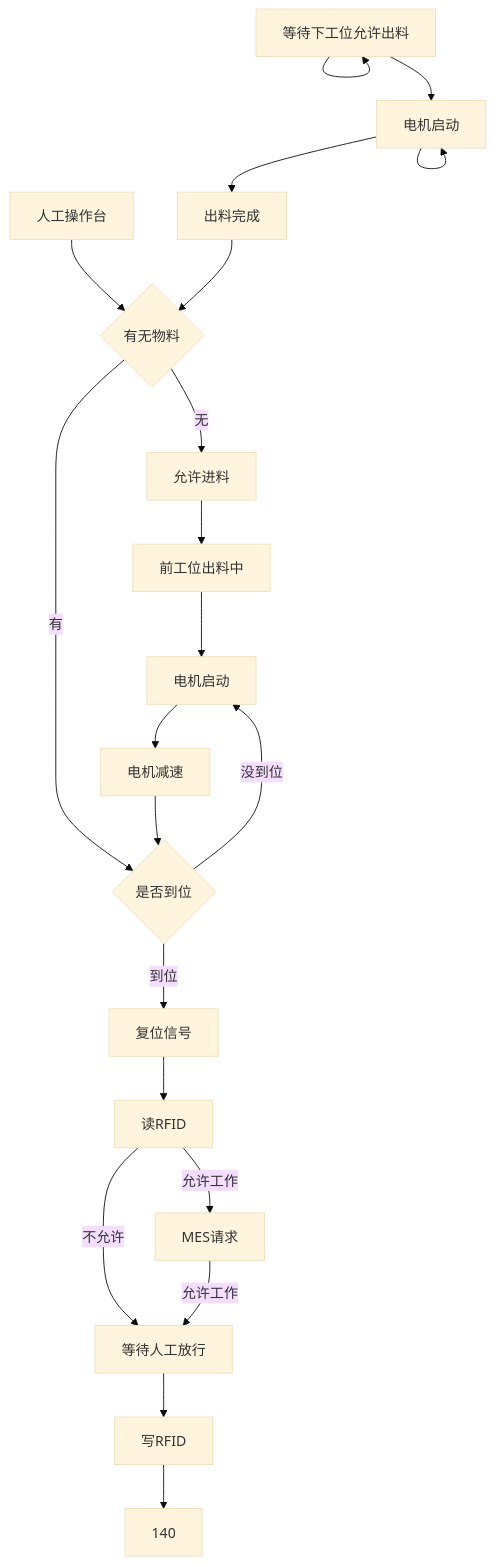
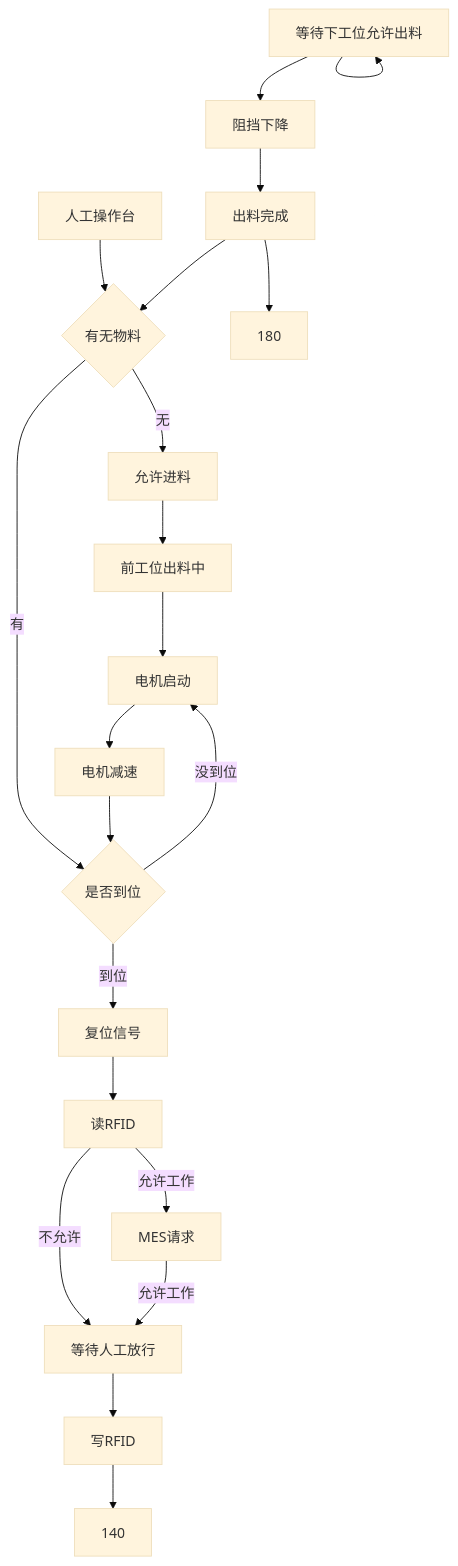
One commit to PengKun1/iodraw-files changed the diagram in all/未命名-4.md. Above: the diagram before and after it, drawn with Mermaid (base theme).

Commit message:
2024-12-20 14:54:52 update

````diff
--- a/all/未命名-4.md
+++ b/all/未命名-4.md
@@ -1,24 +1,24 @@
 ```mermaid
 graph TD
 0[人工操作台]-->10
 10{有无物料}-->|无|20
 10-->|有|60
 20[允许进料]-->30
 30[前工位出料中]-->40
 40[电机启动]-->50
 50[电机减速]-->60
 60{是否到位}-->|到位|70
 60-->|没到位|40
 70[复位信号]-->80
 80[读RFID]-->|允许工作|90
 80-->|不允许|120
 90[MES请求]-->|允许工作|120
 
 120[等待人工放行]-->130
 130[写RFID]-->140
 150[MES上传]-->150
 150[等待下工位允许出料]-->160
-160[阻挡xia'j]-->160
-160[电机启动]-->170
+160[阻挡下降]-->170
+170[电机启动]-->180
 170[出料完成]-->10
 ```
````
